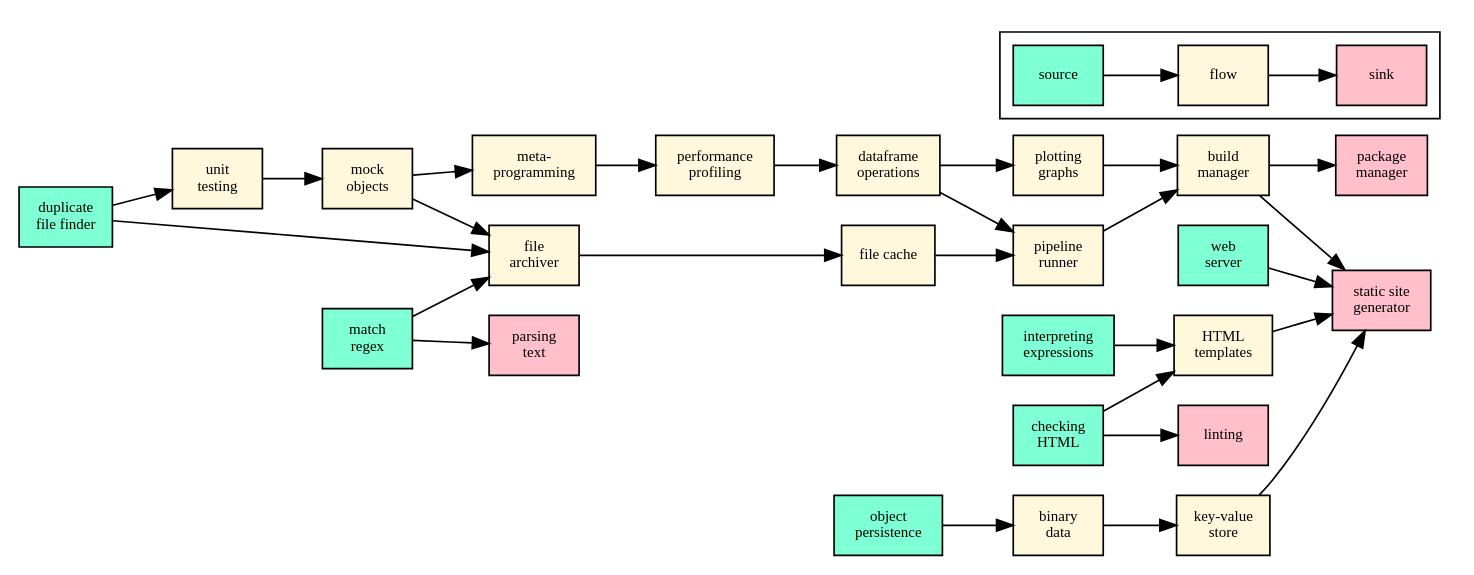
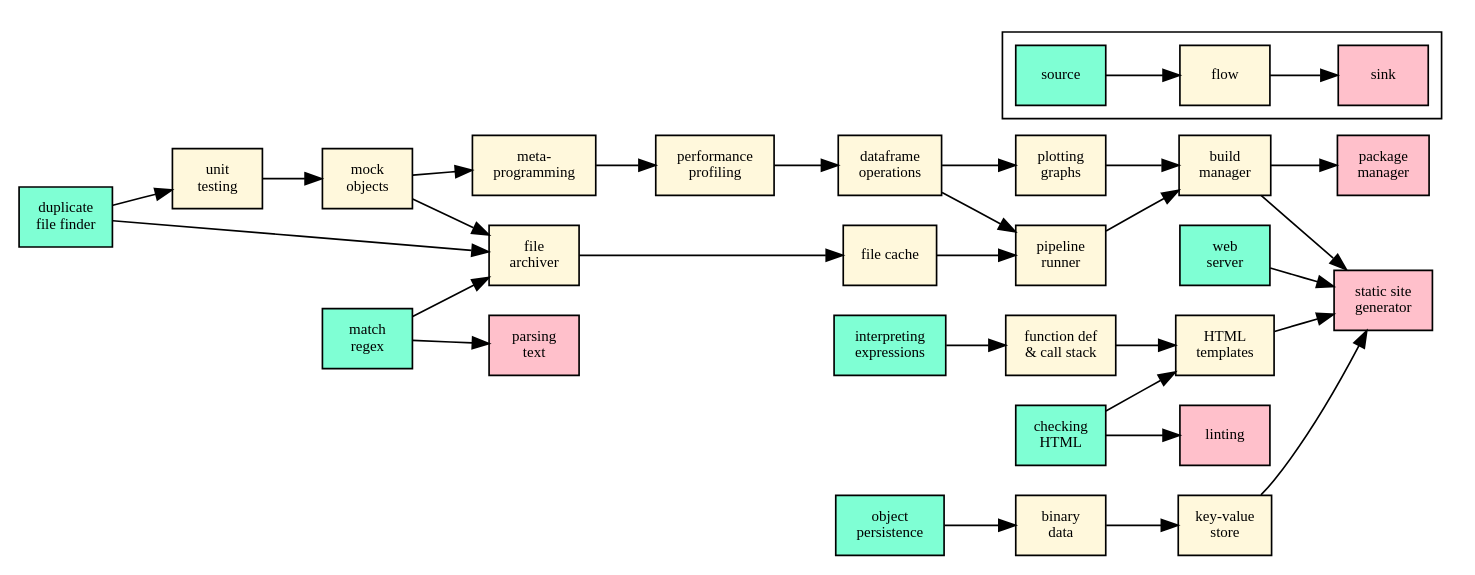
The diagram in src/intro/syllabus.dot (gvwilson/sdxpy), drawn with Graphviz before and after one commit. The commit also changed 55 other files, not shown here.

```diff
--- a/src/intro/syllabus.dot
+++ b/src/intro/syllabus.dot
@@ -1,57 +1,58 @@
 digraph syllabus {
   node [fontname = Verdana, fontsize = 9, shape = box, style = filled];
   rankdir = RL;
   edge [dir = "back"];
 
   subgraph syllabus {
     archive [label = "file\narchiver", fillcolor = cornsilk];
     binary [label = "binary\ndata", fillcolor = cornsilk];
     build [label = "build\nmanager", fillcolor = cornsilk];
     cache [label = "file cache", fillcolor = cornsilk];
     check [label = "checking\nHTML", fillcolor = aquamarine];
     db [label = "key-value\nstore", fillcolor = cornsilk];
     df [label = "dataframe\noperations", fillcolor = cornsilk];
     dup [label = "duplicate\nfile finder", fillcolor = aquamarine];
+    func [label = "function def\n& call stack", fillcolor = cornsilk];
     interp [label = "interpreting\nexpressions", fillcolor = aquamarine];
     lint [label = "linting", fillcolor = pink];
     meta [label = "meta-\nprogramming", fillcolor = cornsilk];
     mock [label = "mock\nobjects", fillcolor = cornsilk];
     pack [label = "package\nmanager", fillcolor = pink];
     parse [label = "parsing\ntext", fillcolor = pink];
     perf [label = "performance\nprofiling", fillcolor = cornsilk];
     persist [label = "object\npersistence", fillcolor = aquamarine];
     pipe [label = "pipeline\nrunner", fillcolor = cornsilk];
     plot [label = "plotting\ngraphs", fillcolor = cornsilk];
     re [label = "match\nregex", fillcolor = aquamarine];
     server [label = "web\nserver", fillcolor = aquamarine];
     ssg [label = "static site\ngenerator", fillcolor = pink];
     template [label = "HTML\ntemplates", fillcolor = cornsilk];
     test [label = "unit\ntesting", fillcolor = cornsilk];
 
     archive -> {dup, mock, re};
     binary -> {persist};
     build -> {pipe, plot};
     cache -> {archive};
     db -> {binary};
-    df -> perf;
+    df -> {perf};
+    func -> {interp};
     lint -> {check};
     meta -> {mock};
     mock -> {test};
     pack -> {build};
     parse -> {re};
     perf -> {meta};
     pipe -> {cache, df};
     plot -> {df};
     ssg -> {build, db, server, template}
-    template -> {check, interp};
+    template -> {check, func};
     test -> {dup};
   }
 
   subgraph cluster_legend {
-    rankdir = LR;
     source [label = "source", fillcolor = aquamarine];
     flow [label = "flow", fillcolor = cornsilk];
     sink [label = "sink", fillcolor = pink];
     sink -> flow -> source;
   }
 }
```
